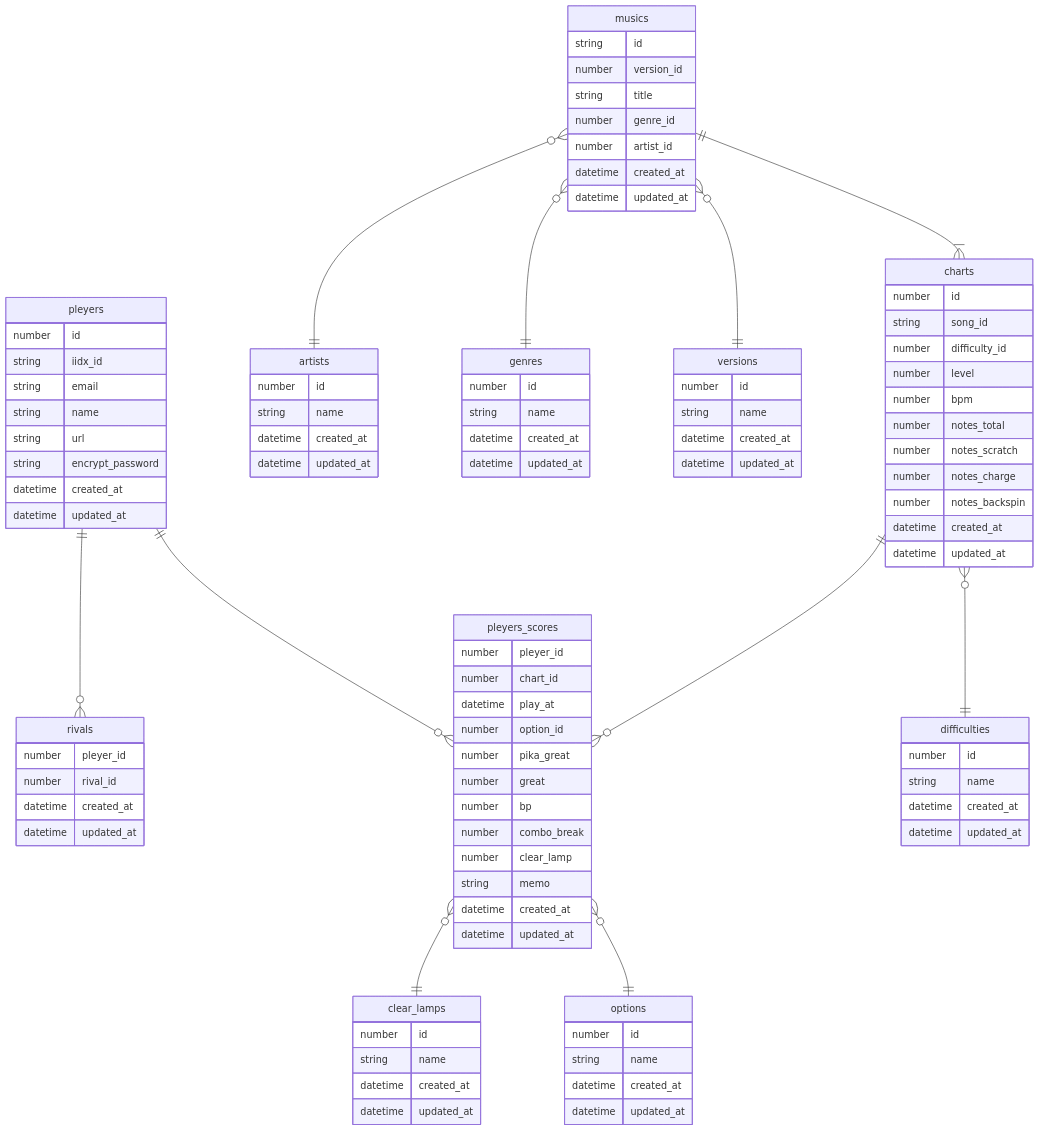
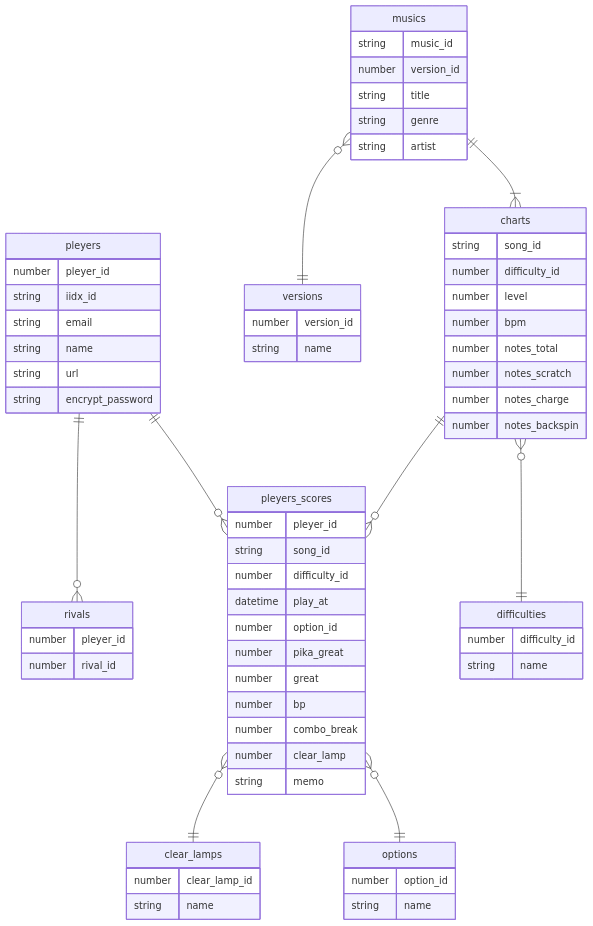
One commit to tn369/dbr-manager changed the diagram in ER_Diagram.md. Above: the diagram before and after it, drawn with Mermaid.

Commit message:
clear delete created_at and updated_at rename id

````diff
--- a/ER_Diagram.md
+++ b/ER_Diagram.md
@@ -11,31 +11,26 @@
 charts }o--|| difficulties:""
 musics ||--|{ charts: ""
 musics }o--|| versions: ""
-musics }o--|| genres: ""
-musics }o--|| artists: ""
 charts ||--o{ pleyers_scores:""
 
-pleyers {
-    number id 
+pleyers{
+    number pleyer_id
     string iidx_id
     string email
     string name
     string url
     string encrypt_password 
-    datetime created_at
-    datetime updated_at
 }
 
 rivals {
     number pleyer_id
     number rival_id
-    datetime created_at
-    datetime updated_at
 }
 
 pleyers_scores {
     number pleyer_id
-    number chart_id
+    string song_id
+    number difficulty_id
     datetime play_at
     number option_id
     number pika_great
@@ -44,57 +39,32 @@
     number combo_break
     number clear_lamp
     string memo
-    datetime created_at
-    datetime updated_at
 }
 
 clear_lamps {
-    number id
+    number clear_lamp_id
     string name
-    datetime created_at
-    datetime updated_at
 }
 
 options {
-    number id
+    number option_id
     string name
-    datetime created_at
-    datetime updated_at
 }
 
 musics {
-    string id 
+    string music_id 
     number version_id
     string title
-    number genre_id
-    number artist_id
-    datetime created_at
-    datetime updated_at
-}
-
-genres {
-    number id
-    string name
-    datetime created_at
-    datetime updated_at
-}
-
-artists {
-    number id
-    string name
-    datetime created_at
-    datetime updated_at
+    string genre
+    string artist
 }
 
 versions {
-    number id
+    number version_id
     string name
-    datetime created_at
-    datetime updated_at
 }
 
 charts {
-    number id
     string song_id
     number difficulty_id
     number level
@@ -103,15 +73,11 @@
     number notes_scratch 
     number notes_charge
     number notes_backspin
-    datetime created_at
-    datetime updated_at
 }
 
 difficulties {
-    number id
+    number difficulty_id 
     string name
-    datetime created_at
-    datetime updated_at
 }
 
 ```
````
